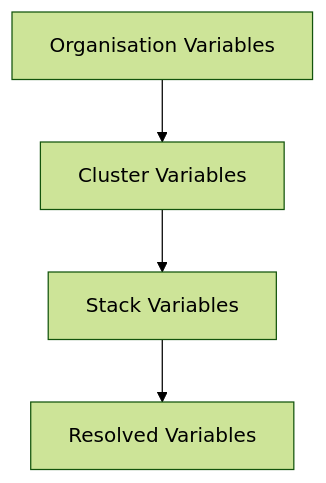
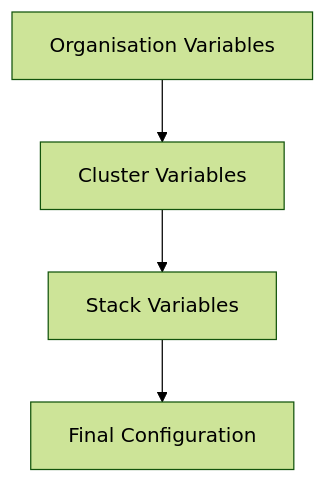
One commit to ankraio/ankra-docs changed the diagram in essentials/variables.mdx. Above: the diagram before and after it, drawn with Mermaid (forest theme). The commit also changed other lines of this file and 8 other files, not shown here.

````diff
--- a/essentials/variables.mdx
+++ b/essentials/variables.mdx
@@ -20,6 +14,6 @@
 ```mermaid
-flowchart TB
-    OrgVars[Organisation Variables] --> ClusterVars[Cluster Variables]
-    ClusterVars --> StackVars[Stack Variables]
-    StackVars --> FinalVars[Resolved Variables]
+flowchart TD
+    Org[Organisation Variables] --> Cluster[Cluster Variables]
+    Cluster --> Stack[Stack Variables]
+    Stack --> Final[Final Configuration]
 ```
````
